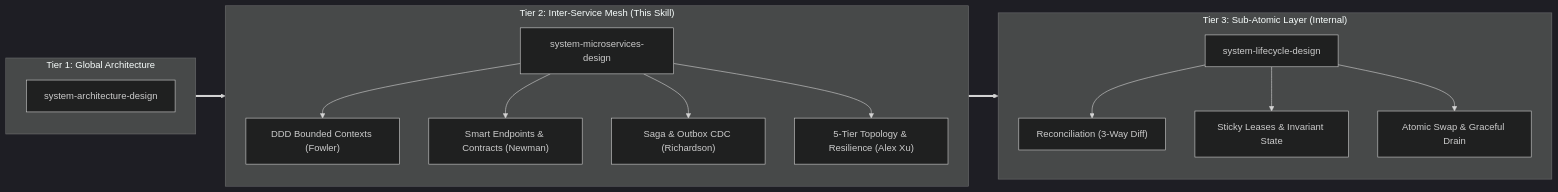
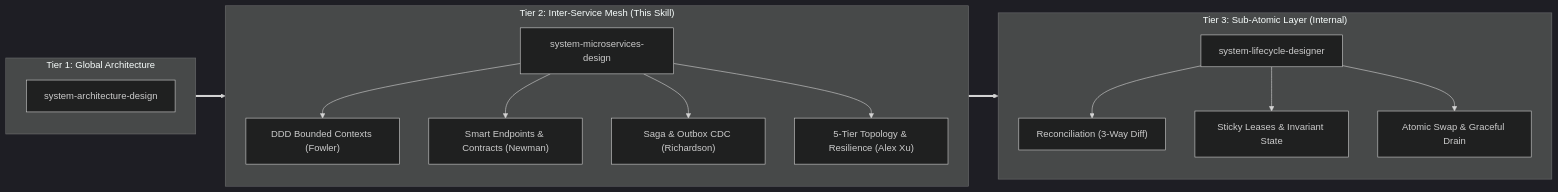
The first of 6 diagrams in skills/storage/my_skills/system-microservices-design/SKILL.md (mdnaimul22/human-skills), drawn with Mermaid (dark theme) before and after one commit. The commit also changed other lines of this file and 8 other files, not shown here.

First line of the commit message:
feat(architecture): add Software Architect agent and sync 3-tier system design suite

````diff
--- a/skills/storage/my_skills/system-microservices-design/SKILL.md
+++ b/skills/storage/my_skills/system-microservices-design/SKILL.md
@@ -30,23 +30,23 @@
 ```mermaid
 graph LR
     subgraph Macro["Tier 1: Global Architecture"]
         A["system-architecture-design"]
     end
 
     subgraph Distributed["Tier 2: Inter-Service Mesh (This Skill)"]
         E["system-microservices-design"]
         E --> M1["DDD Bounded Contexts (Fowler)"]
         E --> M2["Smart Endpoints & Contracts (Newman)"]
         E --> M3["Saga & Outbox CDC (Richardson)"]
         E --> M4["5-Tier Topology & Resilience (Alex Xu)"]
     end
 
     subgraph Micro["Tier 3: Sub-Atomic Layer (Internal)"]
-        L["system-lifecycle-design"]
+        L["system-lifecycle-designer"]
         L --> P1["Reconciliation (3-Way Diff)"]
         L --> P2["Sticky Leases & Invariant State"]
         L --> P3["Atomic Swap & Graceful Drain"]
     end
 
     Macro ==> Distributed ==> Micro
 ```
````
